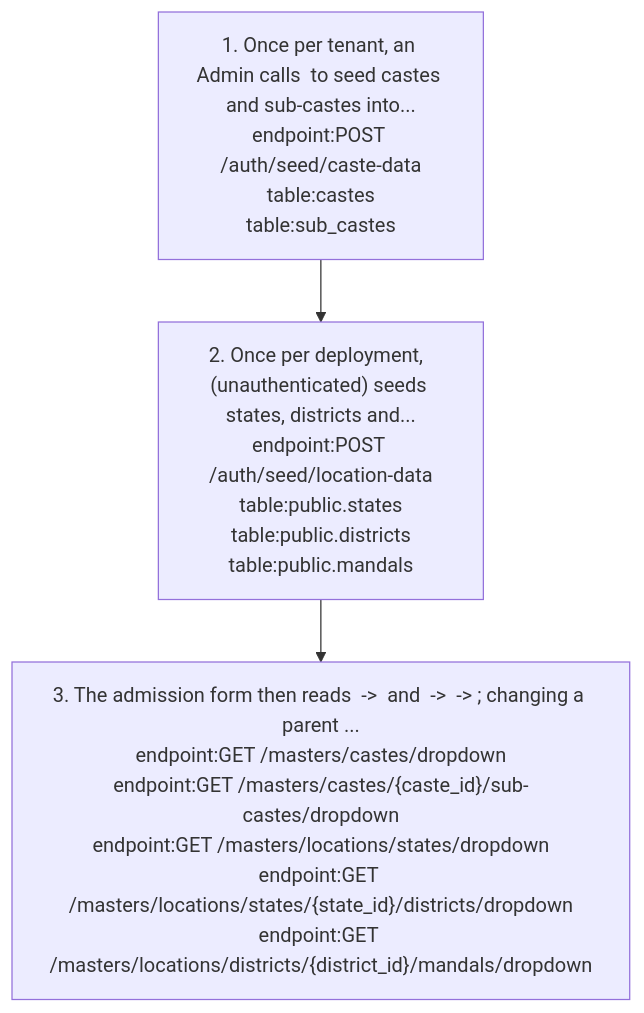
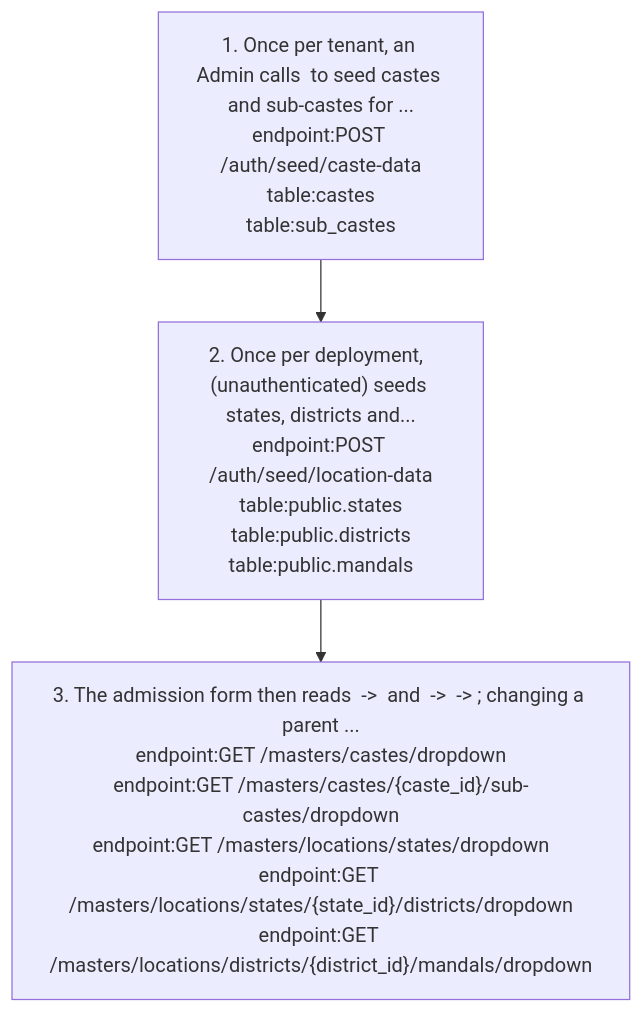
Before and after one commit to nerellasraj21/cos360_full_app: the seventh of 9 diagrams in docs/graph/views/masters.md, drawn with Mermaid. The commit also changed other lines of this file and 96 other files, not shown here.

First line of the commit message:
Convert Celery tasks and remaining per-schema code to tenant ids

````diff
--- a/docs/graph/views/masters.md
+++ b/docs/graph/views/masters.md
@@ -323,8 +323,8 @@
 ```mermaid
 flowchart TD
-  s1["1. Once per tenant, an Admin calls  to seed castes and sub-castes into...<br/>endpoint:POST /auth/seed/caste-data<br/>table:castes<br/>table:sub_castes"]
+  s1["1. Once per tenant, an Admin calls  to seed castes and sub-castes for ...<br/>endpoint:POST /auth/seed/caste-data<br/>table:castes<br/>table:sub_castes"]
   s2["2. Once per deployment,  (unauthenticated) seeds states, districts and...<br/>endpoint:POST /auth/seed/location-data<br/>table:public.states<br/>table:public.districts<br/>table:public.mandals"]
   s1 --> s2
   s3["3. The admission form then reads  ->  and  ->  -> ; changing a parent ...<br/>endpoint:GET /masters/castes/dropdown<br/>endpoint:GET /masters/castes/{caste_id}/sub-castes/dropdown<br/>endpoint:GET /masters/locations/states/dropdown<br/>endpoint:GET /masters/locations/states/{state_id}/districts/dropdown<br/>endpoint:GET /masters/locations/districts/{district_id}/mandals/dropdown"]
   s2 --> s3
 ```
````
